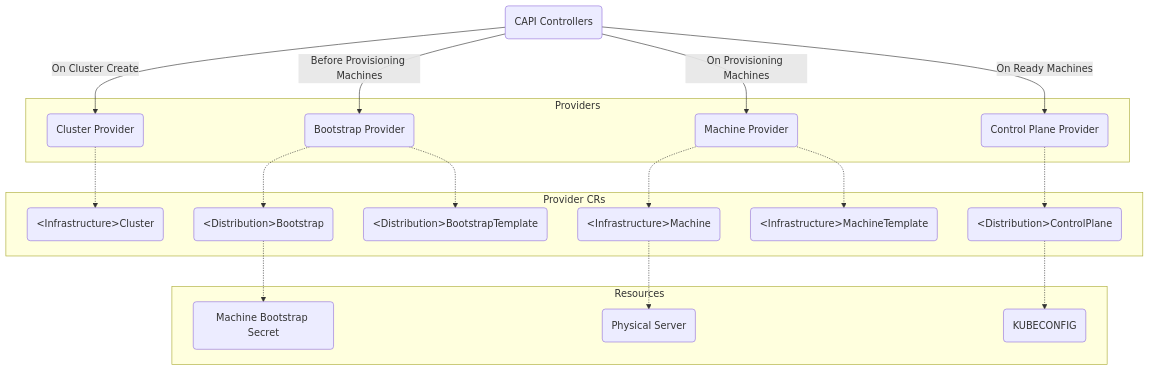
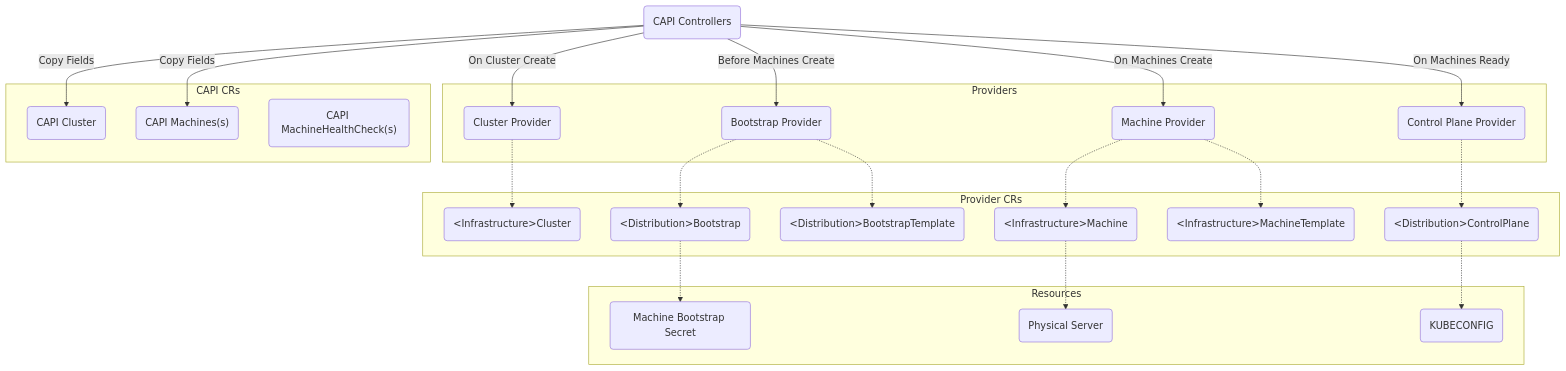
The second of 2 diagrams in docs/provisioning/00_capi.md (aiyengar2/k8s-docs), drawn with Mermaid before and after one commit.

````diff
--- a/docs/provisioning/00_capi.md
+++ b/docs/provisioning/00_capi.md
@@ -77,40 +77,48 @@
 ```mermaid
 graph TD
     CAPIControllers("CAPI Controllers")
+    subgraph CAPI CRs
+    CAPICluster("CAPI Cluster")
+    CAPIMachine("CAPI Machines(s)")
+    CAPIMachineHealthChecks("CAPI MachineHealthCheck(s)")
+    end
     subgraph Providers
     ClusterProvider("Cluster Provider")
     BootstrapProvider("Bootstrap Provider")
     MachineProvider("Machine Provider")
     ControlPlaneProvider("Control Plane Provider")
     end
 
     subgraph Provider CRs
     InfrastructureCluster("&ltInfrastructure&gtCluster")
     DistributionBootstrap("&ltDistribution&gtBootstrap")
     DistributionBootstrapTemplate("&ltDistribution&gtBootstrapTemplate")
     InfrastructureMachine("&ltInfrastructure&gtMachine")
     InfrastructureMachineTemplate("&ltInfrastructure&gtMachineTemplate")
     DistributionControlPlane("&ltDistribution&gtControlPlane")
     end
     
     subgraph Resources
     PhysicalServer("Physical Server")
     MachineBootstrapSecret("Machine Bootstrap Secret")
     KubeConfig("KUBECONFIG")
     end
 
+    CAPIControllers--Copy Fields-->CAPICluster
+    CAPIControllers--Copy Fields-->CAPIMachine
+
     CAPIControllers--On Cluster Create-->ClusterProvider
-    CAPIControllers--Before Provisioning Machines-->BootstrapProvider
-    CAPIControllers--On Provisioning Machines-->MachineProvider
-    CAPIControllers--On Ready Machines-->ControlPlaneProvider
+    CAPIControllers--Before Machines Create-->BootstrapProvider
+    CAPIControllers--On Machines Create-->MachineProvider
+    CAPIControllers--On Machines Ready-->ControlPlaneProvider
     
     ClusterProvider-.->InfrastructureCluster
     BootstrapProvider-.->DistributionBootstrap
     BootstrapProvider-.->DistributionBootstrapTemplate
     DistributionBootstrap-.->MachineBootstrapSecret
     MachineProvider-.->InfrastructureMachine
     InfrastructureMachine-.->PhysicalServer
     MachineProvider-.->InfrastructureMachineTemplate
     ControlPlaneProvider-.->DistributionControlPlane
     DistributionControlPlane-.->KubeConfig
 ```
````
